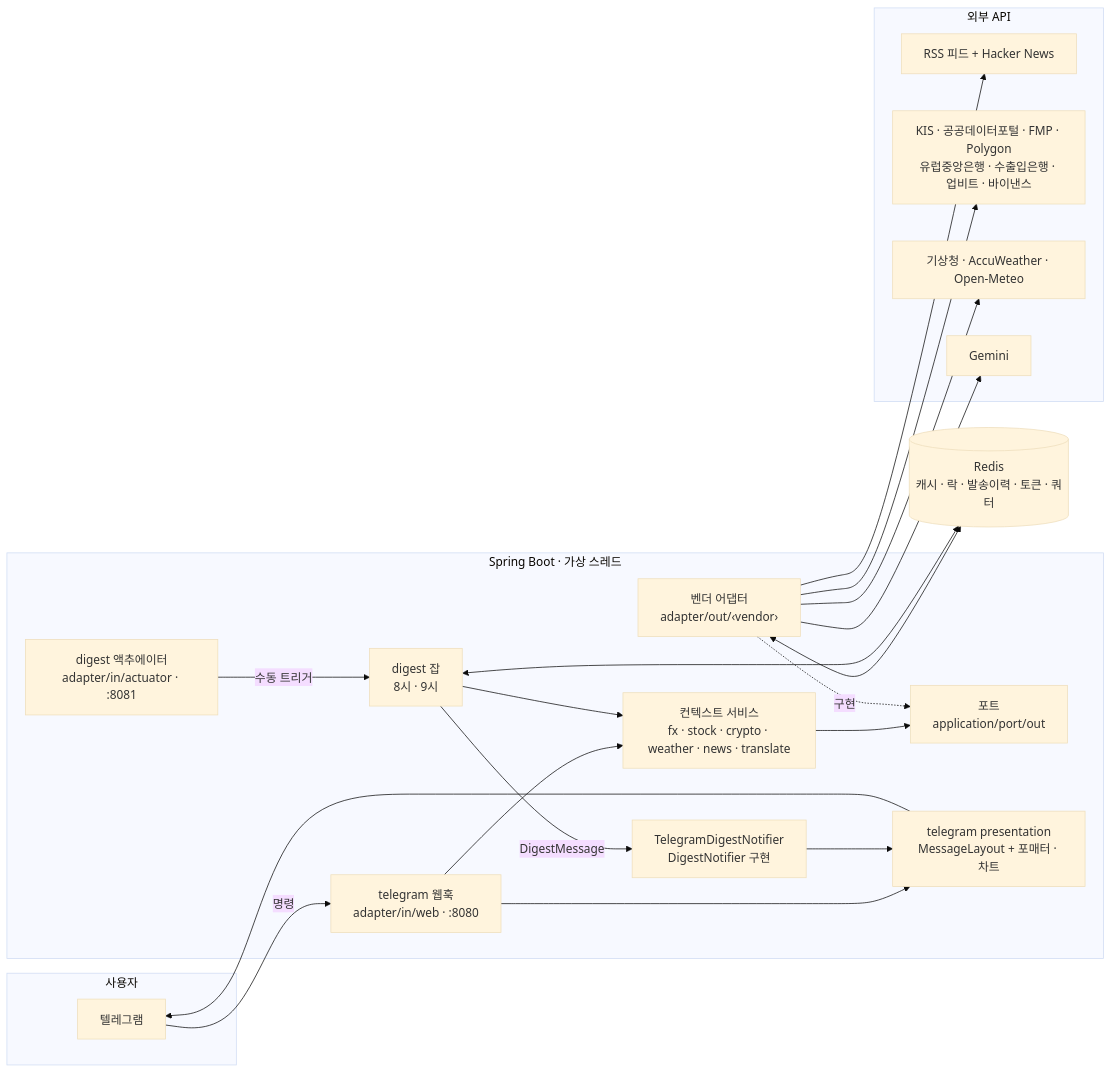
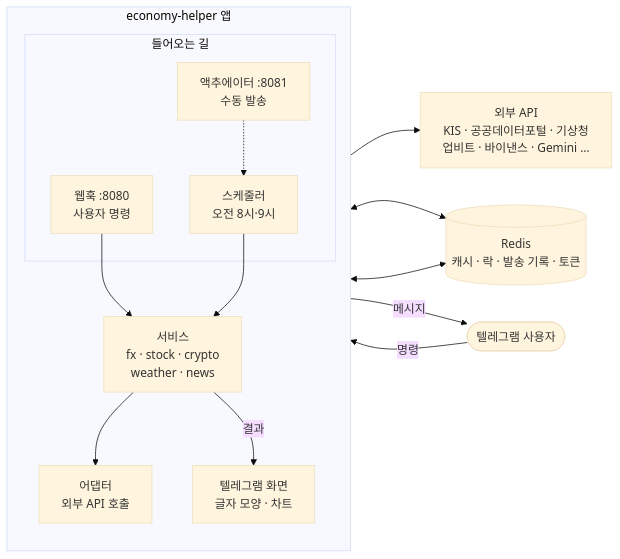
One commit to zero3402/economy-helper changed the first of 7 diagrams in docs/design.md. Above: the diagram before and after it, drawn with Mermaid (base theme). The commit also changed other lines of this file and 31 other files, not shown here.

````diff
--- a/docs/design.md
+++ b/docs/design.md
@@ -35,37 +61,28 @@
 ```mermaid
 flowchart LR
-    subgraph 사용자
-      TG[텔레그램]
+    U([텔레그램 사용자])
+
+    subgraph APP [economy-helper 앱]
+        direction TB
+        subgraph IN [들어오는 길]
+            WH["웹훅 :8080<br/>사용자 명령"]
+            JOB["스케줄러<br/>오전 8시·9시"]
+            ACT["액추에이터 :8081<br/>수동 발송"]
+        end
+        SVC["서비스<br/>fx · stock · crypto<br/>weather · news"]
+        AD["어댑터<br/>외부 API 호출"]
+        TG["텔레그램 화면<br/>글자 모양 · 차트"]
     end
 
-    subgraph 앱 [Spring Boot · 가상 스레드]
-      WH[telegram 웹훅<br/>adapter/in/web · :8080]
-      JOB[digest 잡<br/>8시 · 9시]
-      ACT[digest 액추에이터<br/>adapter/in/actuator · :8081]
-      SVC[컨텍스트 서비스<br/>fx · stock · crypto · weather · news · translate]
-      PORT[포트<br/>application/port/out]
-      AD[벤더 어댑터<br/>adapter/out/‹vendor›]
-      NT[TelegramDigestNotifier<br/>DigestNotifier 구현]
-      FMT[telegram presentation<br/>MessageLayout + 포매터 · 차트]
-    end
+    R[("Redis<br/>캐시 · 락 · 발송 기록 · 토큰")]
+    EXT["외부 API<br/>KIS · 공공데이터포털 · 기상청<br/>업비트 · 바이낸스 · Gemini …"]
 
-    R[(Redis<br/>캐시 · 락 · 발송이력 · 토큰 · 쿼터)]
-
-    subgraph 밖 [외부 API]
-      N[RSS 피드 + Hacker News]
-      M[KIS · 공공데이터포털 · FMP · Polygon<br/>유럽중앙은행 · 수출입은행 · 업비트 · 바이낸스]
-      W[기상청 · AccuWeather · Open-Meteo]
-      G[Gemini]
-    end
-
-    TG -->|명령| WH --> SVC
-    WH --> FMT --> TG
-    ACT -->|수동 트리거| JOB
+    U -->|명령| WH
+    ACT -.-> JOB
+    WH --> SVC
     JOB --> SVC
-    JOB -->|DigestMessage| NT --> FMT
-    SVC --> PORT
-    AD -. 구현 .-> PORT
-    AD --> N & M & W & G
+    SVC --> AD --> EXT
     AD <--> R
     JOB <--> R
+    SVC -->|결과| TG -->|메시지| U
 ```
````
